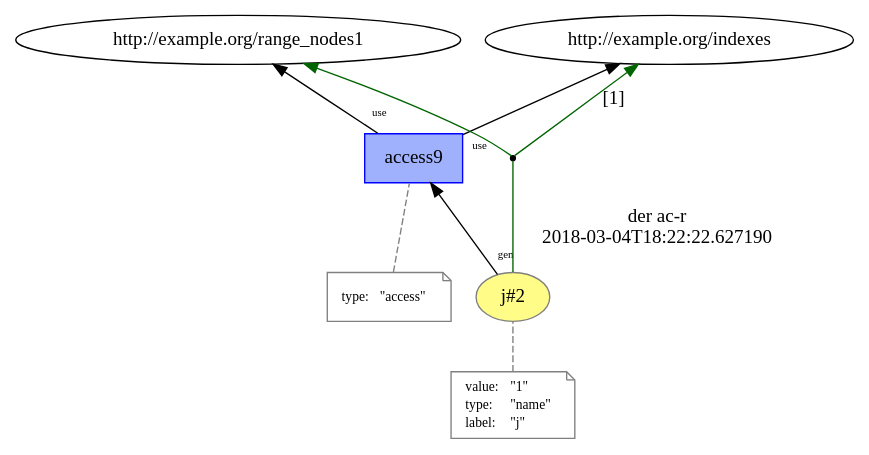
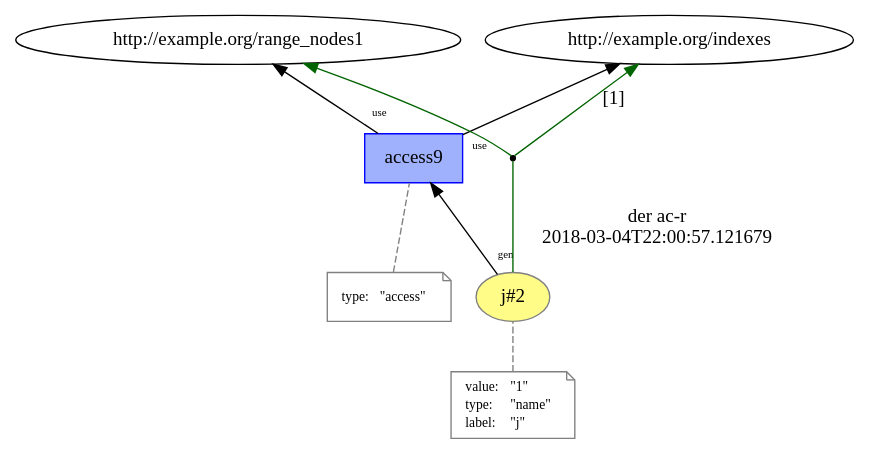
The diagram in images/intertwined_prov/temp/L13__loop_access_2.dot (dew-uff/versioned-prov), drawn with Graphviz before and after one commit. The commit also changed 368 other files, not shown here.

```diff
--- a/images/intertwined_prov/temp/L13__loop_access_2.dot
+++ b/images/intertwined_prov/temp/L13__loop_access_2.dot
@@ -1,34 +1,34 @@
 digraph "PROV" { size="16,12"; rankdir="BT";
 "http://example.org/j#2" [fillcolor="#FFFC87",color="#808080",style="filled",label="j#2",URL="http://example.org/j#2"]
 "-attrs0" [color="gray",shape="note",fontsize="10",fontcolor="black",label=<<TABLE cellpadding="0" border="0">
 	<TR>
 	    <TD align="left">value:</TD>
 	    <TD align="left">&quot;1&quot;</TD>
 	</TR>
 	<TR>
 	    <TD align="left">type:</TD>
 	    <TD align="left">&quot;name&quot;</TD>
 	</TR>
 	<TR>
 	    <TD align="left">label:</TD>
 	    <TD align="left">&quot;j&quot;</TD>
 	</TR>
 </TABLE>>]
 "-attrs0" -> "http://example.org/j#2" [color="gray",style="dashed",arrowhead="none"]
 "http://example.org/access9" [fillcolor="#9FB1FC",color="#0000FF",shape="polygon",sides="4",style="filled",label="access9",URL="http://example.org/access9"]
 "-attrs1" [color="gray",shape="note",fontsize="10",fontcolor="black",label=<<TABLE cellpadding="0" border="0">
 	<TR>
 	    <TD align="left">type:</TD>
 	    <TD align="left">&quot;access&quot;</TD>
 	</TR>
 </TABLE>>]
 "-attrs1" -> "http://example.org/access9" [color="gray",style="dashed",arrowhead="none"]
 "http://example.org/access9" -> "http://example.org/range_nodes1" [labelfontsize="8",labeldistance="1.5",labelangle="60.0",rotation="20",taillabel="use"]
 "bn0" [shape="point",label=""]
 "http://example.org/j#2" -> "bn0" [arrowhead="none",color="darkgreen",label="der ac-r
-2018-03-04T18:22:22.627190"]
+2018-03-04T22:00:57.121679"]
 "bn0" -> "http://example.org/indexes" [labelfontsize="8",labeldistance="1.5",color="darkgreen",labelangle="60.0",rotation="20",label="[1]"]
 "bn0" -> "http://example.org/range_nodes1" [color="darkgreen"]
 "http://example.org/j#2" -> "http://example.org/access9" [labelfontsize="8",labeldistance="1.5",labelangle="60.0",rotation="20",taillabel="gen"]
 "http://example.org/access9" -> "http://example.org/indexes" [labelfontsize="8",labeldistance="1.5",labelangle="60.0",rotation="20",taillabel="use"]
 }
```
